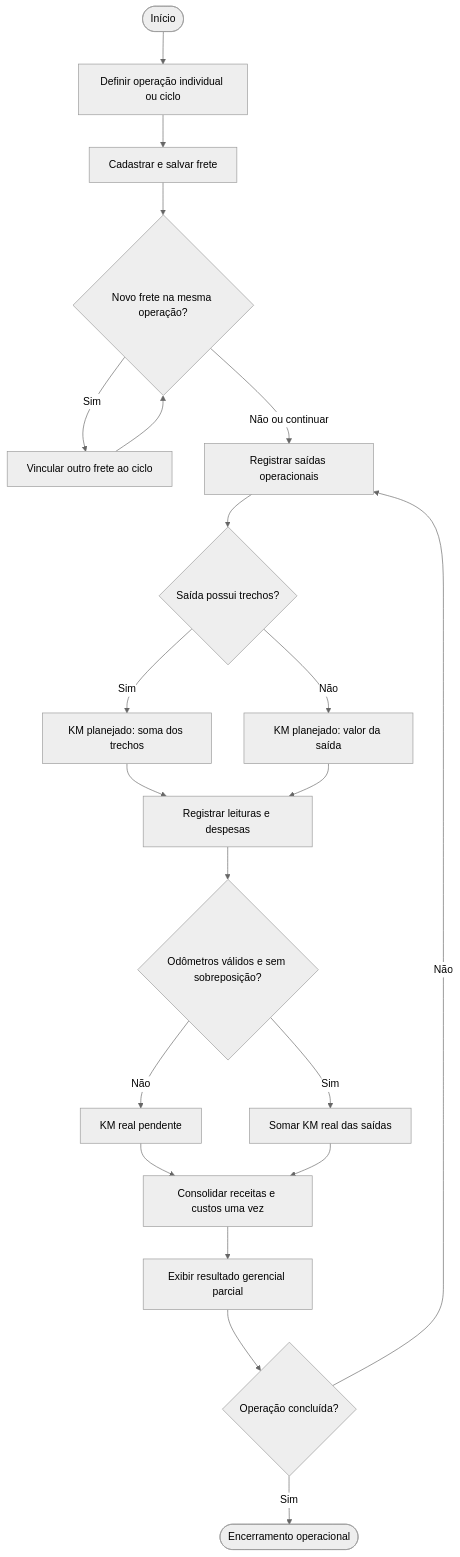
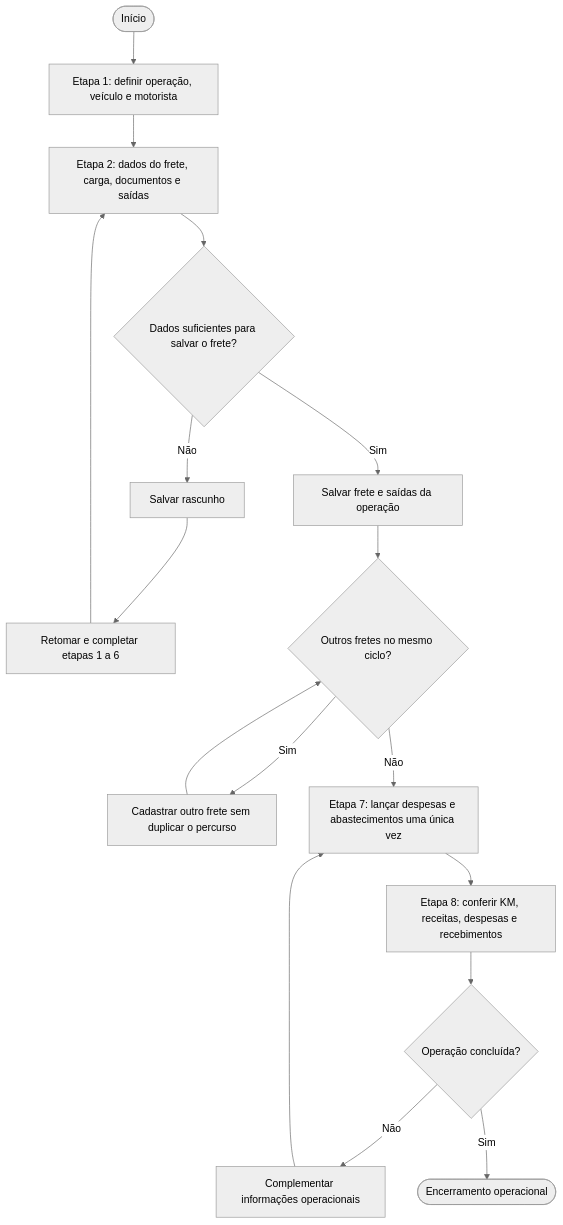
The diagram in docs/diagramas/atividades.md (felpontes98/faeg-logistica-app), drawn with Mermaid (neutral theme) before and after one commit. The commit also changed other lines of this file and 35 other files, not shown here.

````diff
--- a/docs/diagramas/atividades.md
+++ b/docs/diagramas/atividades.md
@@ -3,23 +5,19 @@
 ```mermaid
 flowchart TD
-    A(["Início"]) --> B["Definir operação individual ou ciclo"]
-    B --> C["Cadastrar e salvar frete"]
-    C --> D{"Novo frete na mesma operação?"}
-    D -->|"Sim"| E["Vincular outro frete ao ciclo"]
-    E --> D
-    D -->|"Não ou continuar"| F["Registrar saídas operacionais"]
-    F --> G{"Saída possui trechos?"}
-    G -->|"Sim"| H["KM planejado: soma dos trechos"]
-    G -->|"Não"| I["KM planejado: valor da saída"]
-    H --> J["Registrar leituras e despesas"]
-    I --> J
-    J --> K{"Odômetros válidos e sem sobreposição?"}
-    K -->|"Não"| L["KM real pendente"]
-    K -->|"Sim"| M["Somar KM real das saídas"]
-    L --> N["Consolidar receitas e custos uma vez"]
-    M --> N
-    N --> O["Exibir resultado gerencial parcial"]
-    O --> P{"Operação concluída?"}
-    P -->|"Não"| F
-    P -->|"Sim"| Q(["Encerramento operacional"])
+    A([Início]) --> B["Etapa 1: definir operação, veículo e motorista"]
+    B --> C["Etapa 2: dados do frete, carga, documentos e saídas"]
+    C --> D{"Dados suficientes para salvar o frete?"}
+    D -->|"Não"| E["Salvar rascunho"]
+    E --> F["Retomar e completar etapas 1 a 6"]
+    F --> C
+    D -->|"Sim"| G["Salvar frete e saídas da operação"]
+    G --> H{"Outros fretes no mesmo ciclo?"}
+    H -->|"Sim"| I["Cadastrar outro frete sem duplicar o percurso"]
+    I --> H
+    H -->|"Não"| J["Etapa 7: lançar despesas e abastecimentos uma única vez"]
+    J --> K["Etapa 8: conferir KM, receitas, despesas e recebimentos"]
+    K --> L{"Operação concluída?"}
+    L -->|"Não"| M["Complementar informações operacionais"]
+    M --> J
+    L -->|"Sim"| N(["Encerramento operacional"])
 ```
````
